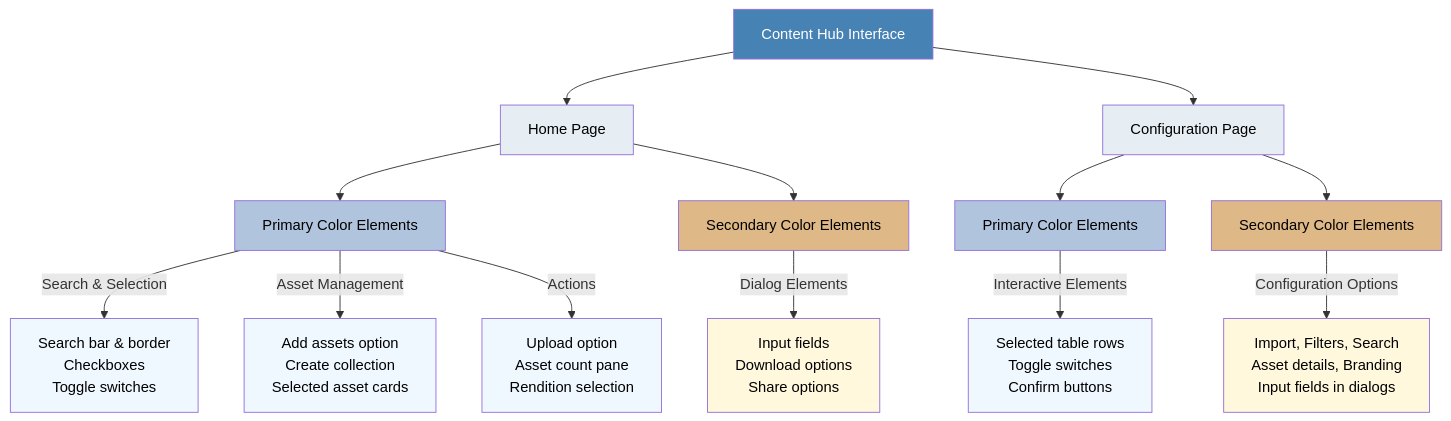
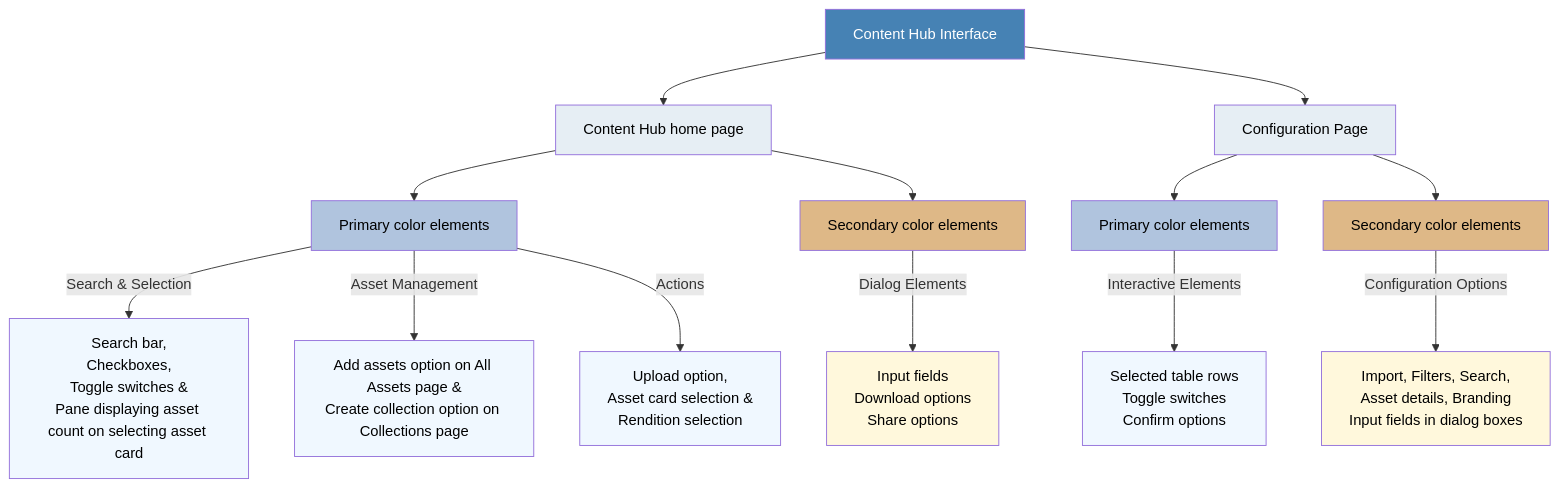
The diagram in help/assets/visual-ui-branding.md (AdobeDocs/experience-manager-cloud-service.en), drawn with Mermaid before and after one commit. The commit also changed other lines of this file, not shown here.

````diff
--- a/help/assets/visual-ui-branding.md
+++ b/help/assets/visual-ui-branding.md
@@ -24,35 +24,35 @@
 ```mermaid
 graph TD
-    A[Content Hub Interface] --> B[Home Page]
+    A[Content Hub Interface] --> B[Content Hub home page]
     A --> C[Configuration Page]
     
-    B --> D[Primary Color Elements]
-    B --> E[Secondary Color Elements]
+    B --> D[Primary color elements]
+    B --> E[Secondary color elements]
     
-    C --> F[Primary Color Elements]
-    C --> G[Secondary Color Elements]
+    C --> F[Primary color elements]
+    C --> G[Secondary color elements]
     
-    D --> |Search & Selection| H[Search bar & border<br>Checkboxes<br>Toggle switches]
-    D --> |Asset Management| I[Add assets option<br>Create collection<br>Selected asset cards]
-    D --> |Actions| J[Upload option<br>Asset count pane<br>Rendition selection]
+    D --> |Search & Selection| H[Search bar,<br>Checkboxes,<br>Toggle switches &<br>Pane displaying asset count on selecting asset card]
+    D --> |Asset Management| I[Add assets option on All Assets page &<br>Create collection option on Collections page<br>]
+    D --> |Actions| J[Upload option,<br>Asset card selection &<br>Rendition selection]
     
     E --> |Dialog Elements| K[Input fields<br>Download options<br>Share options]
     
-    F --> |Interactive Elements| L[Selected table rows<br>Toggle switches<br>Confirm buttons]
+    F --> |Interactive Elements| L[Selected table rows<br>Toggle switches<br>Confirm options]
     
-    G --> |Configuration Options| M[Import, Filters, Search<br>Asset details, Branding<br>Input fields in dialogs]
+    G --> |Configuration Options| M[Import, Filters, Search,<br>Asset details, Branding<br>Input fields in dialog boxes]
 
     style A fill:#4682B4,color:#fff
     style B fill:#E6EEF4,color:#000
     style C fill:#E6EEF4,color:#000
     style D fill:#B0C4DE,color:#000
     style E fill:#DEB887,color:#000
     style F fill:#B0C4DE,color:#000
     style G fill:#DEB887,color:#000
     style H fill:#F0F8FF,color:#000
     style I fill:#F0F8FF,color:#000
     style J fill:#F0F8FF,color:#000
     style K fill:#FFF8DC,color:#000
     style L fill:#F0F8FF,color:#000
     style M fill:#FFF8DC,color:#000
 ```
````
